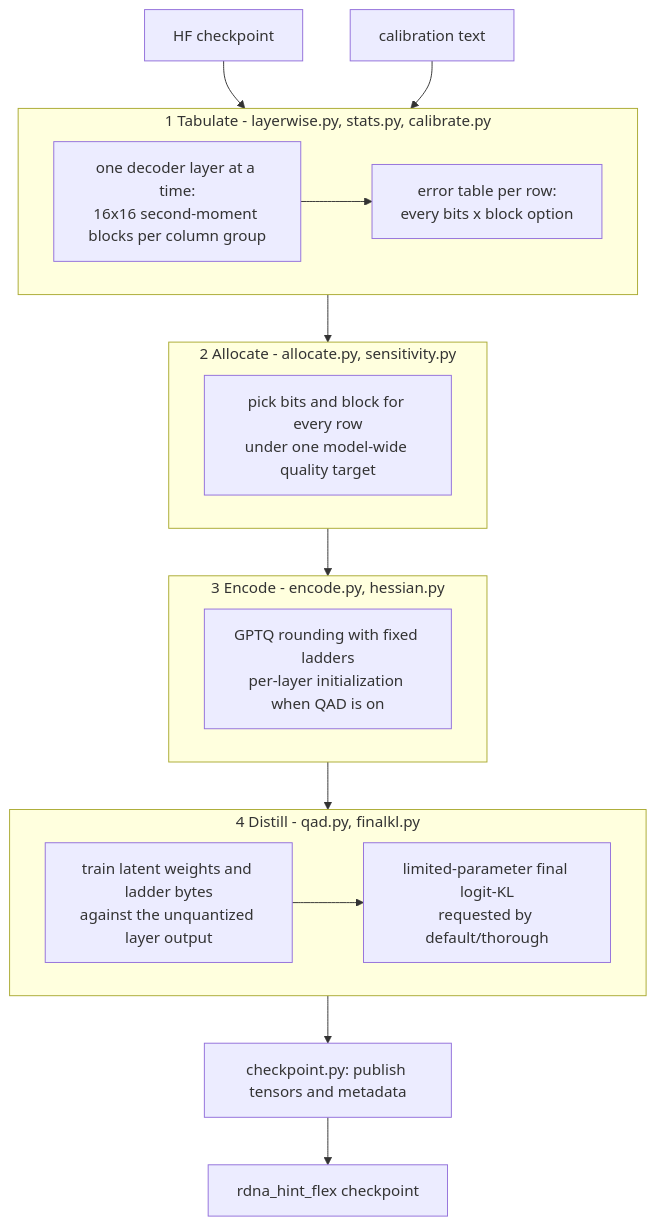
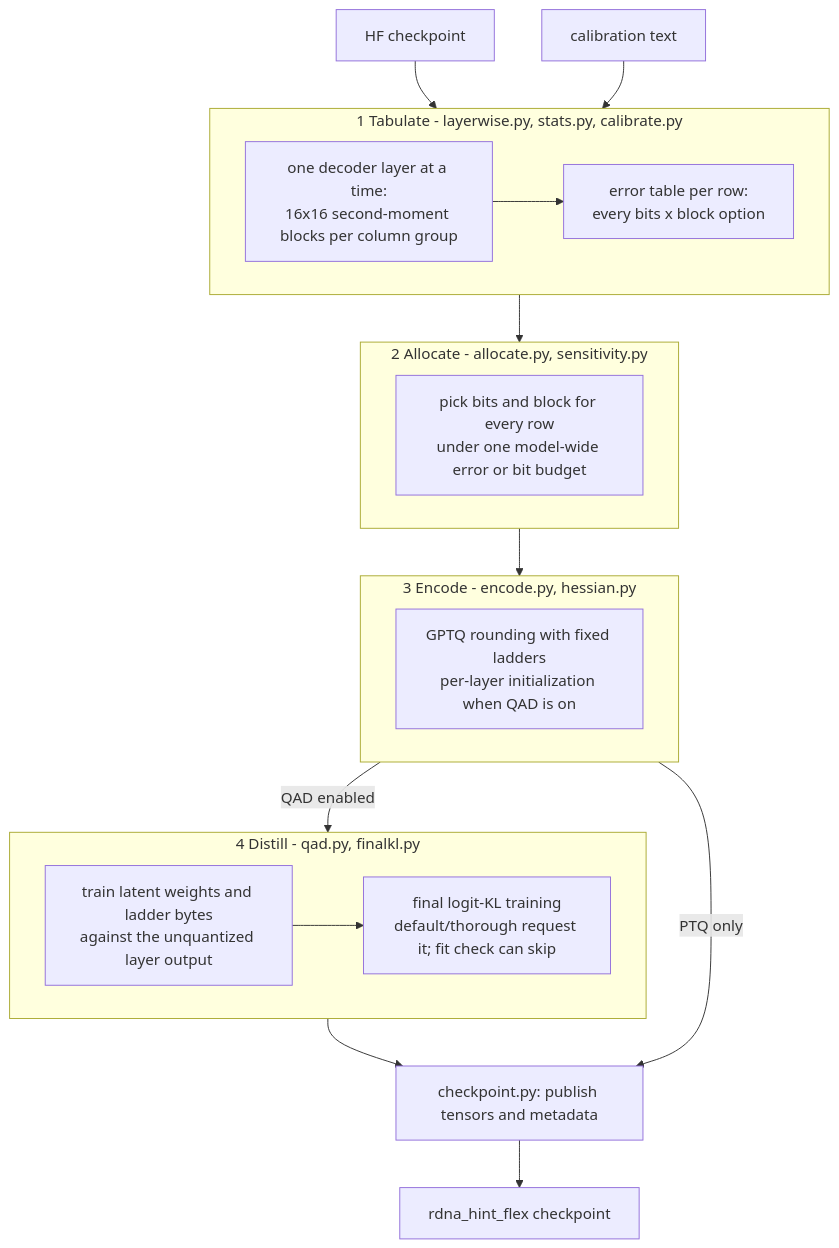
One commit to BlivionIaG/hi2 changed the first of 3 diagrams in docs/architecture.md. Above: the diagram before and after it, drawn with Mermaid. The commit also changed other lines of this file and 9 other files, not shown here.

````diff
--- a/docs/architecture.md
+++ b/docs/architecture.md
@@ -8,26 +10,27 @@
 ```mermaid
 flowchart TD
     M[HF checkpoint] --> P1
     T[calibration text] --> P1
     subgraph P1[1 Tabulate - layerwise.py, stats.py, calibrate.py]
         S[one decoder layer at a time:<br/>16x16 second-moment blocks per column group]
         E[error table per row:<br/>every bits x block option]
         S --> E
     end
     P1 --> P2
     subgraph P2[2 Allocate - allocate.py, sensitivity.py]
-        A[pick bits and block for every row<br/>under one model-wide quality target]
+        A[pick bits and block for every row<br/>under one model-wide error or bit budget]
     end
     P2 --> P3
     subgraph P3[3 Encode - encode.py, hessian.py]
         G[GPTQ rounding with fixed ladders<br/>per-layer initialization when QAD is on]
     end
-    P3 --> P4
+    P3 -->|QAD enabled| P4
     subgraph P4[4 Distill - qad.py, finalkl.py]
         Q[train latent weights and ladder bytes<br/>against the unquantized layer output]
-        K[limited-parameter final logit-KL<br/>requested by default/thorough]
+        K[final logit-KL training<br/>default/thorough request it; fit check can skip]
         Q --> K
     end
     P4 --> W[checkpoint.py: publish tensors and metadata]
+    P3 -->|PTQ only| W
     W --> C[rdna_hint_flex checkpoint]
 ```
````
